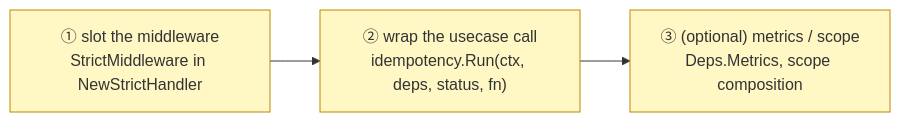
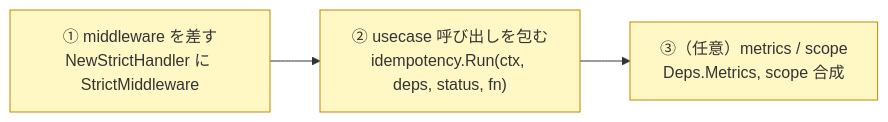
One commit to Tomy-ch/go-boilerplate changed the sixth of 6 diagrams in docs/design/idempotency.md. Above: the diagram before and after it, drawn with Mermaid. The commit also changed other lines of this file and 970 other files, not shown here.

````diff
--- a/docs/design/idempotency.md
+++ b/docs/design/idempotency.md
@@ -210,8 +210,8 @@
 ```mermaid
 flowchart LR
-    M["① slot the middleware<br/>StrictMiddleware in NewStrictHandler"]:::need
-    W["② wrap the usecase call<br/>idempotency.Run(ctx, deps, status, fn)"]:::need
-    O["③ (optional) metrics / scope<br/>Deps.Metrics, scope composition"]:::need
+    M["① middleware を差す<br/>NewStrictHandler に StrictMiddleware"]:::need
+    W["② usecase 呼び出しを包む<br/>idempotency.Run(ctx, deps, status, fn)"]:::need
+    O["③（任意）metrics / scope<br/>Deps.Metrics, scope 合成"]:::need
     M --> W --> O
     classDef need fill:#fff8c5,stroke:#bf8700;
 ```
````
